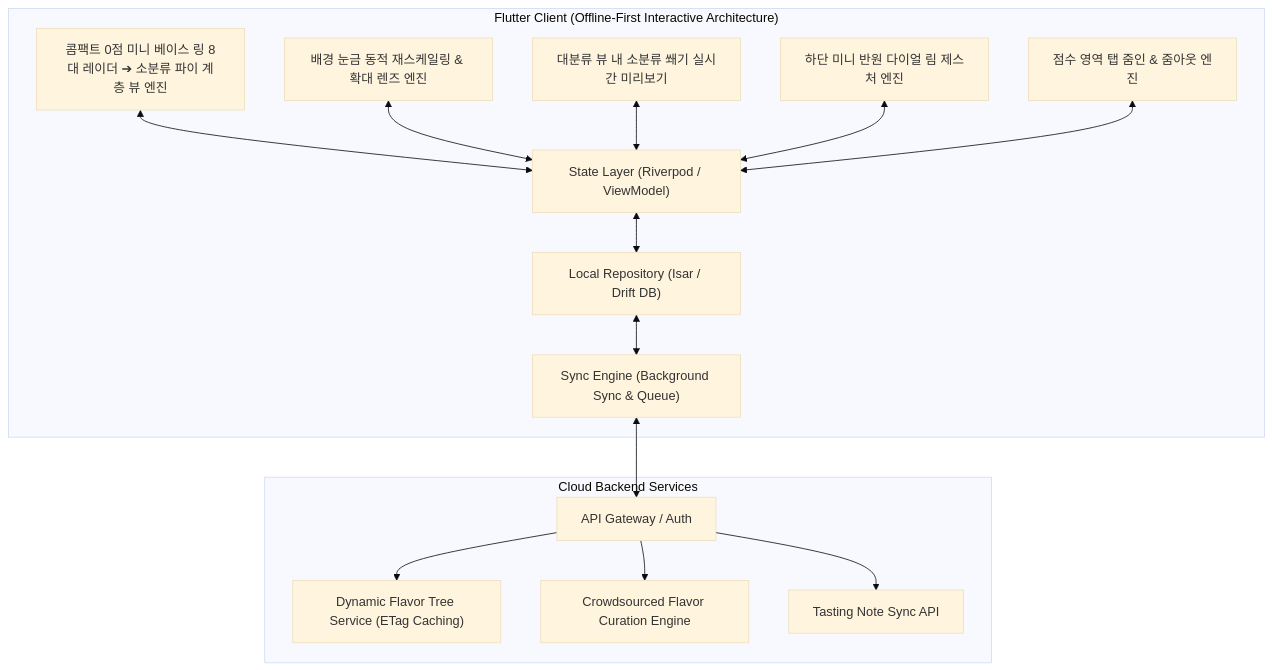
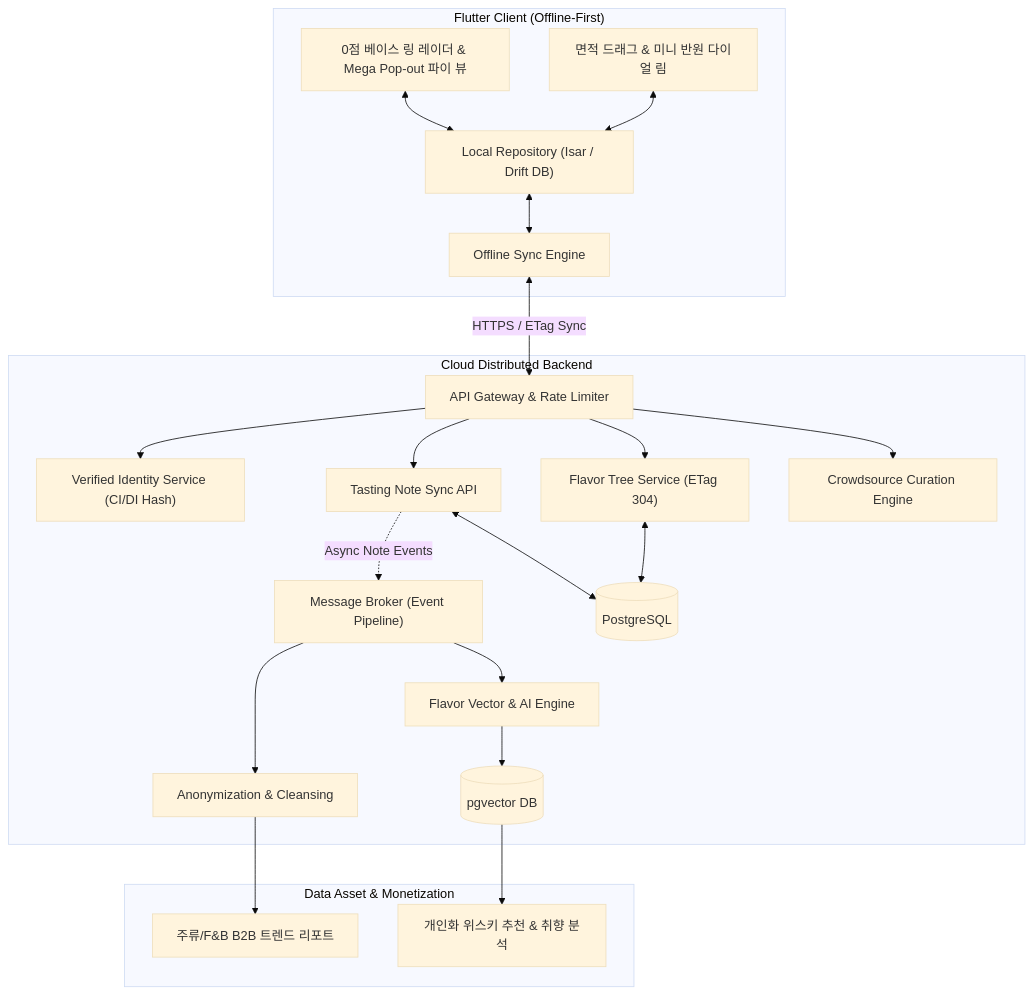
One commit to chanhooop/FlavorWheel changed the diagram in README.md. Above: the diagram before and after it, drawn with Mermaid (base theme). The commit also changed other lines of this file and 137 other files, not shown here.

Commit message:
docs: restructure architecture into 4 pillars and add N-depth recursive sensory tree specs

````diff
--- a/README.md
+++ b/README.md
@@ -107,34 +68,48 @@
 ```mermaid
 graph TB
-    subgraph Client ["Flutter Client (Offline-First Interactive Architecture)"]
-        BaseRingRadarEngine["콤팩트 0점 미니 베이스 링 8대 레이더 ➔ 소분류 파이 계층 뷰 엔진"]
-        DynamicGridEngine["배경 눈금 동적 재스케일링 & 확대 렌즈 엔진"]
-        InWheelPreviewEngine["대분류 뷰 내 소분류 쐐기 실시간 미리보기"]
-        MiniDialEngine["하단 미니 반원 다이얼 림 제스처 엔진"]
-        TapZoomEngine["점수 영역 탭 줌인 & 줌아웃 엔진"]
+    subgraph ClientApp ["Flutter Client (Offline-First)"]
+        BaseRingEngine["0점 베이스 링 레이더 & Mega Pop-out 파이 뷰"]
+        GestureEngine["면적 드래그 & 미니 반원 다이얼 림"]
+        LocalDB["Local Repository (Isar / Drift DB)"]
+        SyncClient["Offline Sync Engine"]
 
-        State["State Layer (Riverpod / ViewModel)"]
-        SyncEngine["Sync Engine (Background Sync & Queue)"]
-        LocalRepository["Local Repository (Isar / Drift DB)"]
-
-        BaseRingRadarEngine <--> State
-        DynamicGridEngine <--> State
-        InWheelPreviewEngine <--> State
-        MiniDialEngine <--> State
-        TapZoomEngine <--> State
-        State <--> LocalRepository
-        LocalRepository <--> SyncEngine
+        BaseRingEngine <--> LocalDB
+        GestureEngine <--> LocalDB
+        LocalDB <--> SyncClient
     end
 
-    subgraph RemoteBackend ["Cloud Backend Services"]
-        Gateway["API Gateway / Auth"]
-        TreeService["Dynamic Flavor Tree Service (ETag Caching)"]
-        CurationService["Crowdsourced Flavor Curation Engine"]
-        NoteService["Tasting Note Sync API"]
+    subgraph BackendCloud ["Cloud Distributed Backend"]
+        Gateway["API Gateway & Rate Limiter"]
+        AuthModule["Verified Identity Service (CI/DI Hash)"]
+        SyncAPI["Tasting Note Sync API"]
+        TreeAPI["Flavor Tree Service (ETag 304)"]
+        CurationAPI["Crowdsource Curation Engine"]
+
+        EventBroker["Message Broker (Event Pipeline)"]
+        CleanseWorker["Anonymization & Cleansing"]
+        VectorWorker["Flavor Vector & AI Engine"]
+        PrimaryDB[(PostgreSQL)]
+        VectorDB[(pgvector DB)]
     end
 
-    SyncEngine <--> Gateway
-    Gateway --> TreeService
-    Gateway --> CurationService
-    Gateway --> NoteService
+    subgraph BusinessValue ["Data Asset & Monetization"]
+        B2BReports["주류/F&B B2B 트렌드 리포트"]
+        RecommendEngine["개인화 위스키 추천 & 취향 분석"]
+    end
+
+    SyncClient <-->|HTTPS / ETag Sync| Gateway
+    Gateway --> AuthModule
+    Gateway --> SyncAPI
+    Gateway --> TreeAPI
+    Gateway --> CurationAPI
+
+    SyncAPI <--> PrimaryDB
+    TreeAPI <--> PrimaryDB
+    SyncAPI -.->|Async Note Events| EventBroker
+
+    EventBroker --> CleanseWorker
+    EventBroker --> VectorWorker
+    CleanseWorker --> B2BReports
+    VectorWorker --> VectorDB
+    VectorDB --> RecommendEngine
 ```
````
